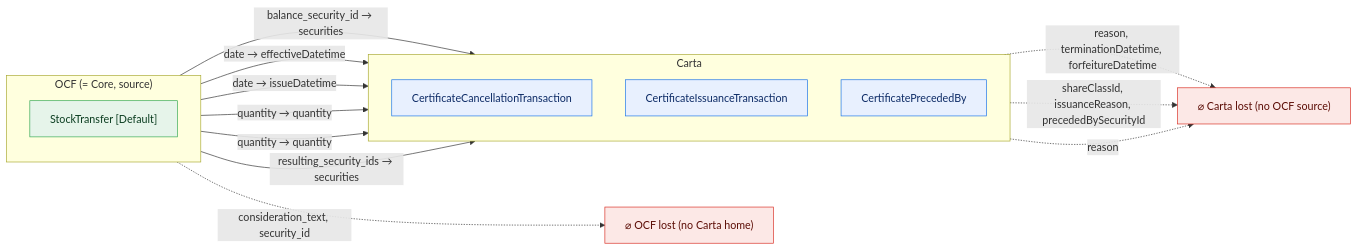
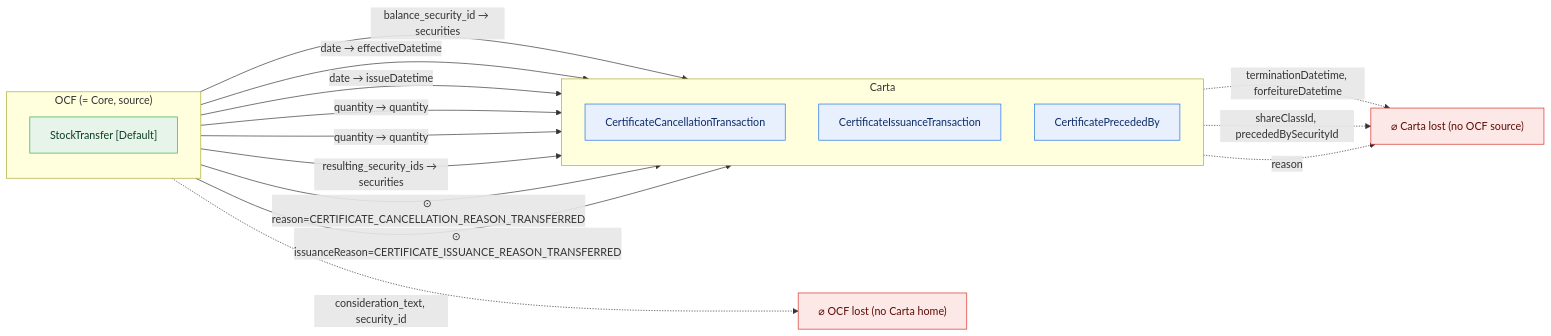
Before and after one commit to Open-Cap-Table-Coalition/OCF-Composed-Schemas: diagram 11 of 47 in docs/core-bidirectional-flow.md, drawn with Mermaid. The commit also changed other lines of this file and 6 other files, not shown here.

````diff
--- a/docs/core-bidirectional-flow.md
+++ b/docs/core-bidirectional-flow.md
@@ -347,29 +349,31 @@
 ```mermaid
 flowchart LR
   classDef adm fill:#e6f4ea,stroke:#34a853,color:#0b3d20;
   classDef notadm fill:#f1f3f4,stroke:#9aa0a6,color:#5f6368,stroke-dasharray:4 3;
   classDef carta fill:#e8f0fe,stroke:#1a73e8,color:#0d2b66;
   classDef lost fill:#fce8e6,stroke:#d93025,color:#5c0d06;
   subgraph SRC["OCF (= Core, source)"]
     direction TB
     o0["StockTransfer [Default]"]:::adm
   end
   subgraph TGT["Carta"]
     direction TB
     t0["CertificateCancellationTransaction"]:::carta
     t1["CertificateIssuanceTransaction"]:::carta
     t2["CertificatePrecededBy"]:::carta
   end
   ocflost["⌀ OCF lost (no Carta home)"]:::lost
   cartalost["⌀ Carta lost (no OCF source)"]:::lost
   o0 -->|"balance_security_id → securities"| t2
   o0 -->|"date → effectiveDatetime"| t0
   o0 -->|"date → issueDatetime"| t1
   o0 -->|"quantity → quantity"| t0
   o0 -->|"quantity → quantity"| t1
   o0 -->|"resulting_security_ids → securities"| t2
+  o0 -->|"⊙ reason=CERTIFICATE_CANCELLATION_REASON_TRANSFERRED"| t0
+  o0 -->|"⊙ issuanceReason=CERTIFICATE_ISSUANCE_REASON_TRANSFERRED"| t1
   o0 -.->|"consideration_text, security_id"| ocflost
-  t0 -.->|"reason, terminationDatetime, forfeitureDatetime"| cartalost
-  t1 -.->|"shareClassId, issuanceReason, precededBySecurityId"| cartalost
+  t0 -.->|"terminationDatetime, forfeitureDatetime"| cartalost
+  t1 -.->|"shareClassId, precededBySecurityId"| cartalost
   t2 -.->|"reason"| cartalost
 ```
````
